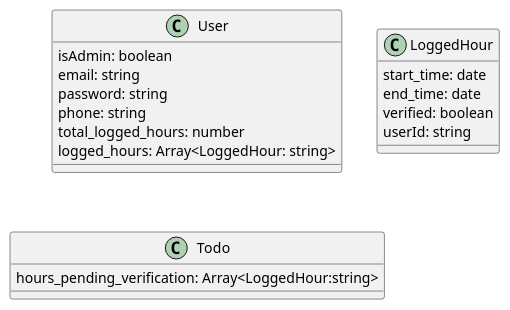
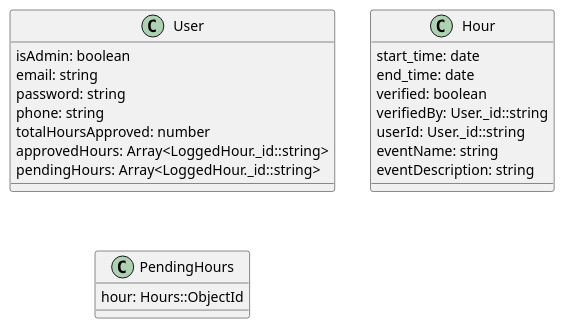
The diagram in docs/plantuml/data_schema.wsd (seniorproject2020/volunteerapp), drawn with PlantUML before and after one commit. The commit also changed 12 other files, not shown here.

Commit message:
Update diagrams and manage route change

```diff
--- a/docs/plantuml/data_schema.wsd
+++ b/docs/plantuml/data_schema.wsd
@@ -1,24 +1,27 @@
 @startuml
 class User {
   isAdmin: boolean
   email: string
   password: string
   phone: string
-  total_logged_hours: number
-  logged_hours: Array<LoggedHour: string>
+  totalHoursApproved: number
+  approvedHours: Array<LoggedHour._id::string>
+  pendingHours: Array<LoggedHour._id::string>
 }
 
-class LoggedHour {
+class Hour {
   start_time: date
   end_time: date
   verified: boolean
-  userId: string
+  verifiedBy: User._id::string
+  userId: User._id::string
+  eventName: string
+  eventDescription: string
 }
 
-class Todo{
-  hours_pending_verification: Array<LoggedHour:string>
-  
+class PendingHours{
+  hour: Hours::ObjectId
 }
 
 
 @enduml
```
